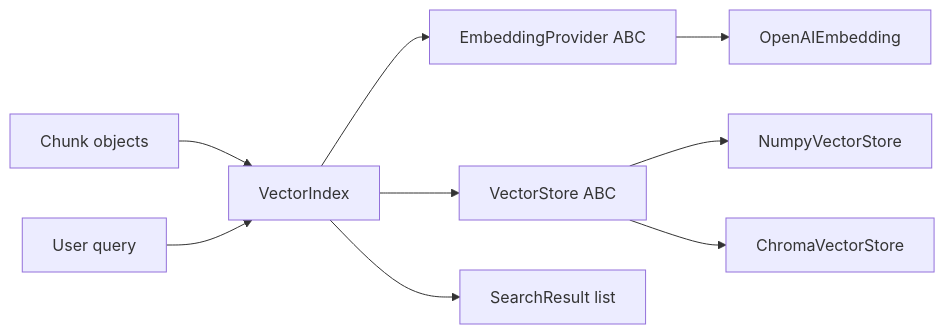
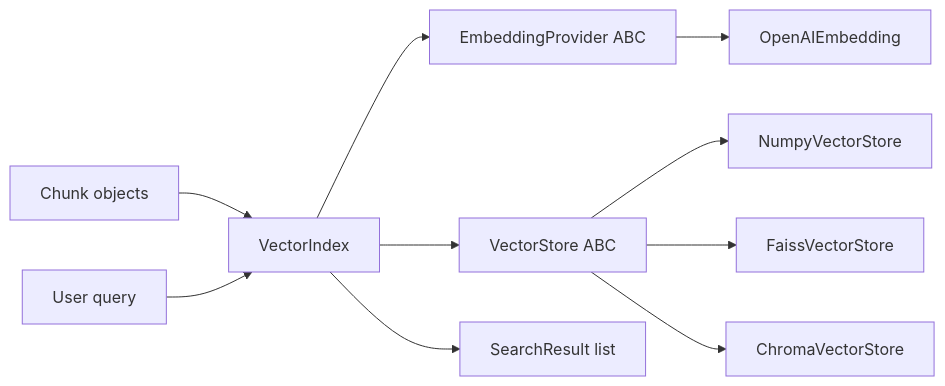
Before and after one commit to MeetPatel89/vectorstore-ai: the diagram in docs/IMPLEMENTATION_PLAN.md, drawn with Mermaid. The commit also changed other lines of this file and 12 other files, not shown here.

Commit message:
add FAISS vector store logic

````diff
--- a/docs/IMPLEMENTATION_PLAN.md
+++ b/docs/IMPLEMENTATION_PLAN.md
@@ -14,11 +14,12 @@
 ```mermaid
 flowchart LR
     Chunks[Chunk objects] --> Index[VectorIndex]
     QueryText[User query] --> Index
     Index --> Embedder[EmbeddingProvider ABC]
     Embedder --> OpenAIEmb[OpenAIEmbedding]
     Index --> Store[VectorStore ABC]
     Store --> NumpyStore[NumpyVectorStore]
+    Store --> FaissStore[FaissVectorStore]
     Store --> ChromaStore[ChromaVectorStore]
     Index --> Results[SearchResult list]
 ```
````
